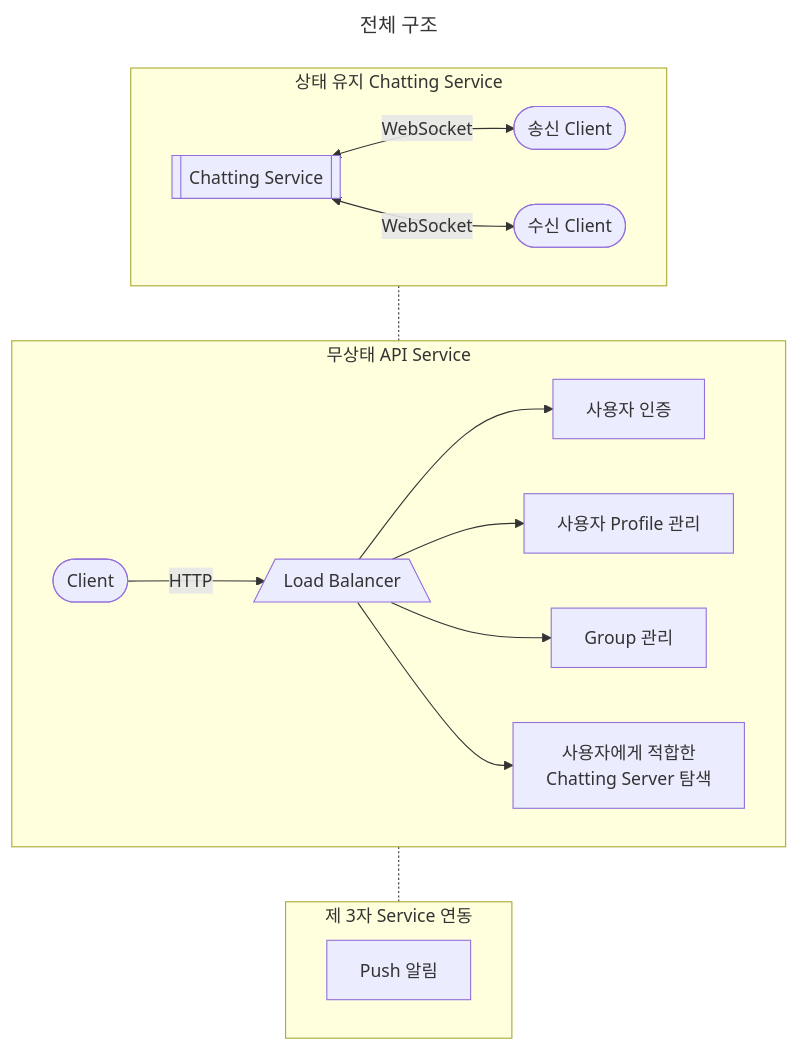
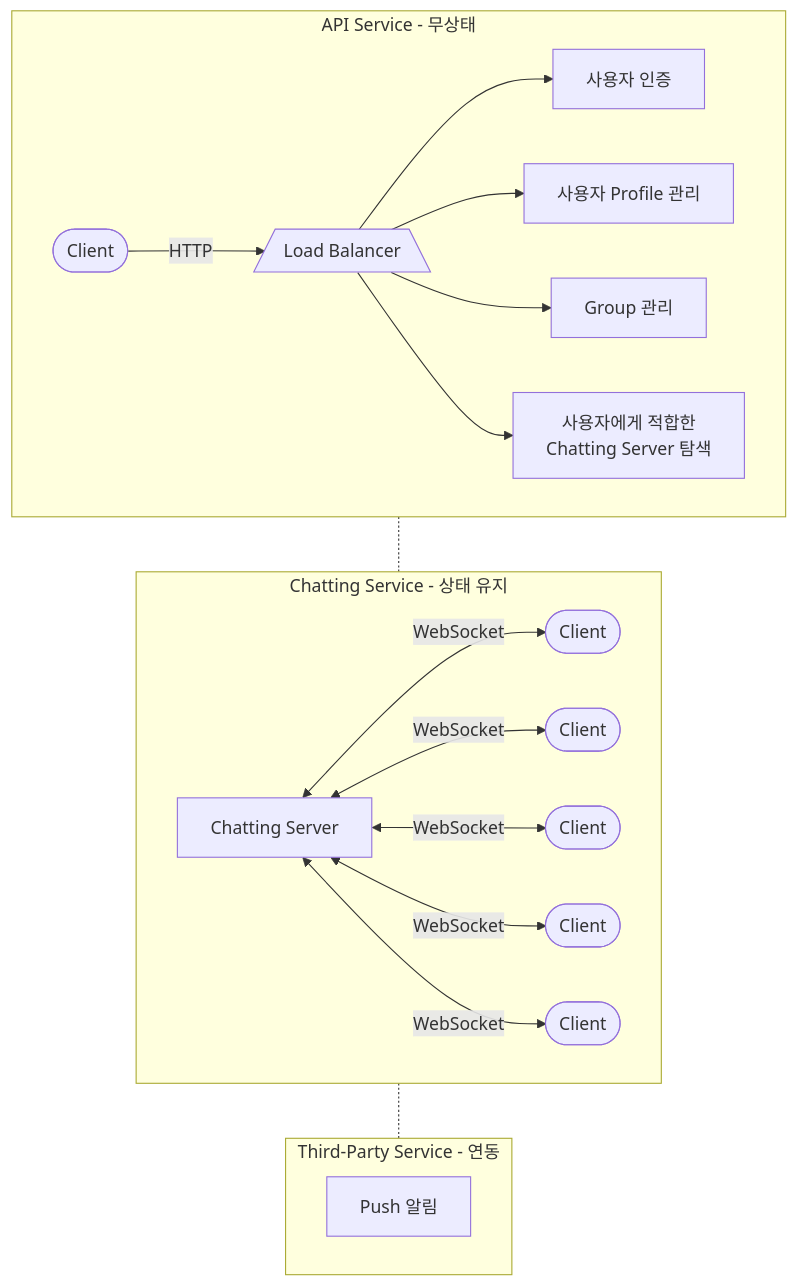
The first of 9 diagrams in _skills/system-design/chatting.md (choesimin/choesimin.github.io), drawn with Mermaid before and after one commit. The commit also changed other lines of this file and 1 other file, not shown here.

````diff
--- a/_skills/system-design/chatting.md
+++ b/_skills/system-design/chatting.md
@@ -24,36 +26,39 @@
 ```mermaid
----
-title : 전체 구조
----
 flowchart TD
 
-stateful -.- stateless -.- third_party
+stateless -.- stateful -.- third_party
 
-subgraph stateful[상태 유지 Chatting Service]
-    chatting[[Chatting Service]]
-    sender([송신 Client])
-    recipient([수신 Client])
-
-    chatting <-->|WebSocket| sender
-    chatting <-->|WebSocket| recipient
-end
-
-subgraph stateless[무상태 API Service]
+subgraph stateless[API Service - 무상태]
     client([Client])
     lb[/Load Balancer\]
     auth[사용자 인증]
     user[사용자 Profile 관리]
     group[Group 관리]
     discovery[사용자에게 적합한\nChatting Server 탐색]
 
     client -->|HTTP| lb
     lb --> auth
     lb --> user
     lb --> group
     lb --> discovery
 end
 
-subgraph third_party[제 3자 Service 연동]
+subgraph stateful[Chatting Service - 상태 유지]
+    chatting[Chatting Server]
+    client_1([Client])
+    client_2([Client])
+    client_3([Client])
+    client_4([Client])
+    client_5([Client])
+
+    chatting <-->|WebSocket| client_1
+    chatting <-->|WebSocket| client_2
+    chatting <-->|WebSocket| client_3
+    chatting <-->|WebSocket| client_4
+    chatting <-->|WebSocket| client_5
+end
+
+subgraph third_party[Third-Party Service - 연동]
     push[Push 알림]
 end
 ```
````
